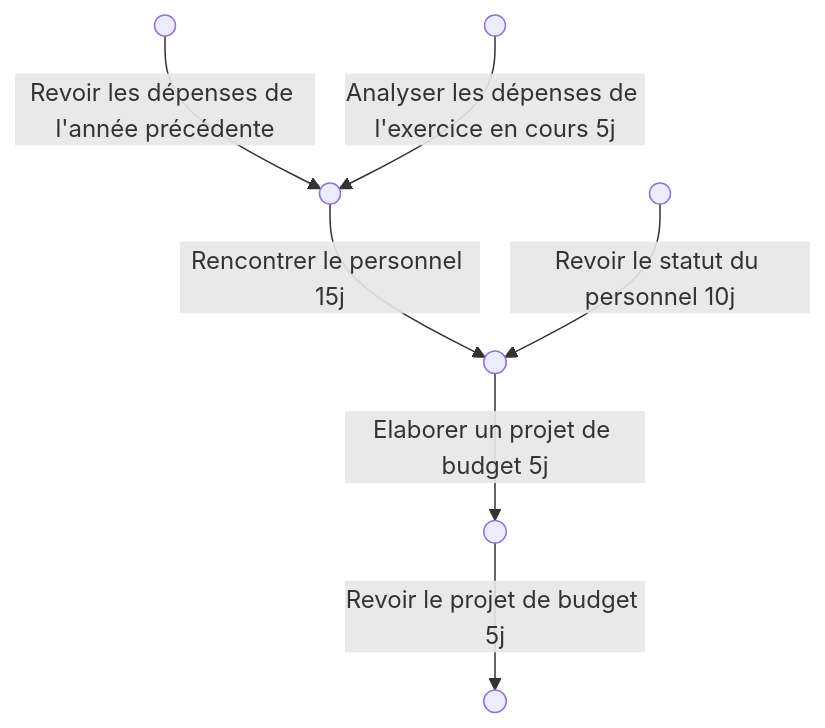
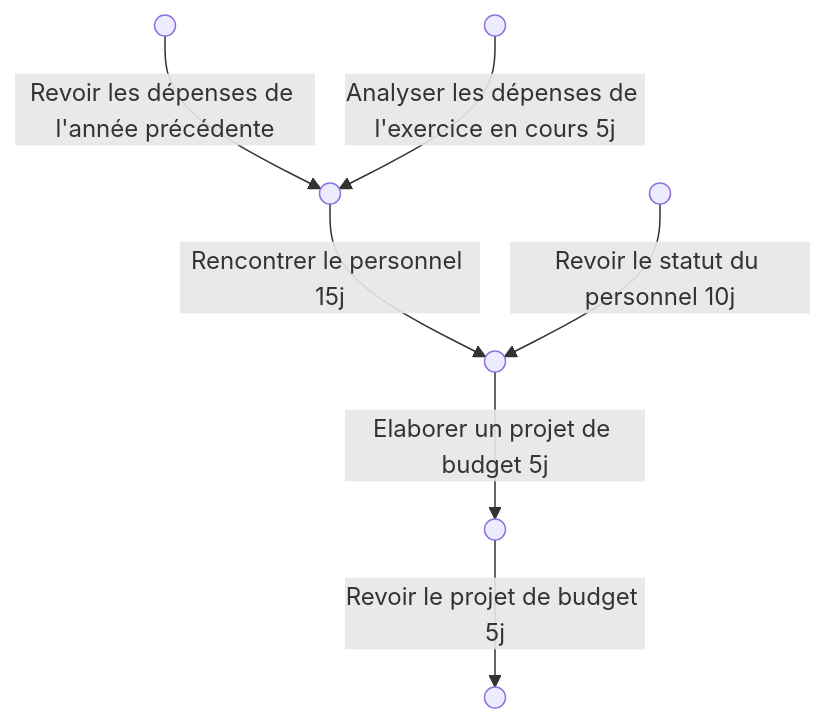
One commit to Carsano/Road2ITD changed the diagram in 02_Learning/01_Management/CH9. Effectuer un suivi des performances.md. Above: the diagram before and after it, drawn with Mermaid.

Commit message:
vault backup: 2025-05-25 10:51:39

````diff
--- a/02_Learning/01_Management/CH9. Effectuer un suivi des performances.md
+++ b/02_Learning/01_Management/CH9. Effectuer un suivi des performances.md
@@ -49,11 +49,11 @@
 ```mermaid
 graph TB
     A@{ shape: sm-circ} -- Revoir les dépenses de l'année précédente --> C@{ shape: sm-circ}
     B@{ shape: sm-circ} -- Analyser les dépenses de l'exercice en cours 5j --> C
-    C --Rencontrer le personnel 15j--> E(( ))
-    D@{ shape: sm-circ} --Revoir le statut du personnel 10j --> E(( ))
-    E --Elaborer un projet de budget 5j --> F(( ))
-    F --Revoir le projet de budget 5j --> G(( ))
+    C --Rencontrer le personnel 15j--> E@{ shape: sm-circ}
+    D@{ shape: sm-circ} --Revoir le statut du personnel 10j --> E
+    E --Elaborer un projet de budget 5j --> F@{ shape: sm-circ}
+    F --Revoir le projet de budget 5j --> G@{ shape: sm-circ}
 
 
 ```
````
